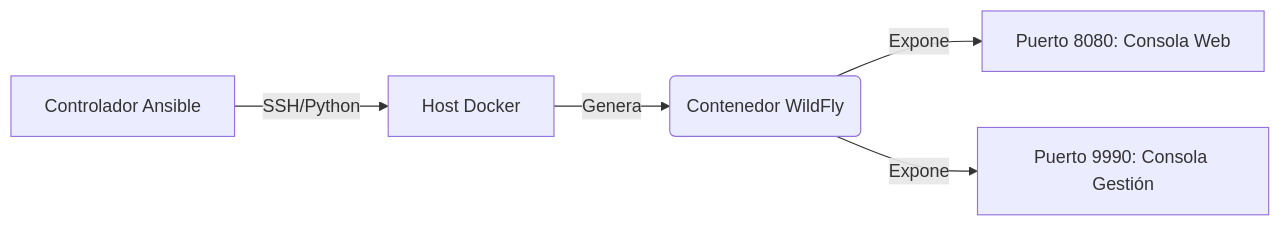
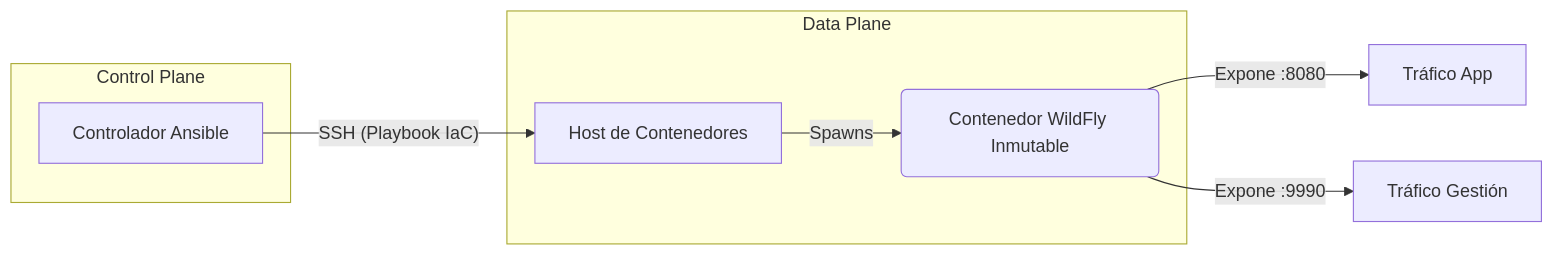
One commit to daniel-zamo/daniel-zamo.github.io changed the diagram in src/content/docs/es/projects/middleware/wildfly-ansible-docker.mdx. Above: the diagram before and after it, drawn with Mermaid. The commit also changed other lines of this file and 5 other files, not shown here.

Commit message:
re writter artile wildfly-ansible-docker.mdx

````diff
--- a/src/content/docs/es/projects/middleware/wildfly-ansible-docker.mdx
+++ b/src/content/docs/es/projects/middleware/wildfly-ansible-docker.mdx
@@ -30,7 +31,16 @@
 ```mermaid
 graph LR
-    A[Controlador Ansible] -- SSH/Python --> B[Host Docker]
-    B -- Genera --> C(Contenedor WildFly)
-    C -- Expone --> D[Puerto 8080: Consola Web]
-    C -- Expone --> E[Puerto 9990: Consola Gestión]
+    subgraph Control Plane
+    A[Controlador Ansible] 
+    end
+    
+    subgraph Data Plane
+    B[Host de Contenedores]
+    C(Contenedor WildFly Inmutable)
+    end
+
+    A -- "SSH (Playbook IaC)" --> B
+    B -- "Spawns" --> C
+    C -- "Expone :8080" --> D[Tráfico App]
+    C -- "Expone :9990" --> E[Tráfico Gestión]
 ```
````
